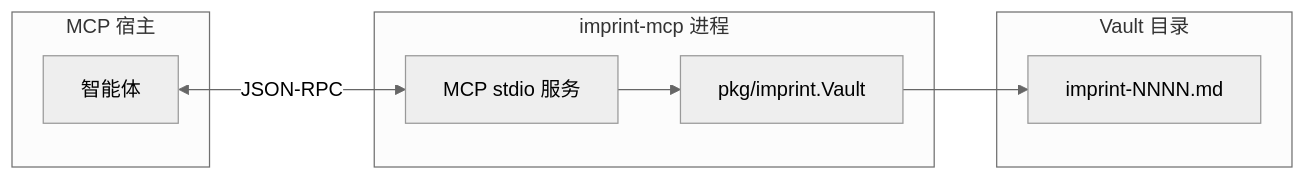
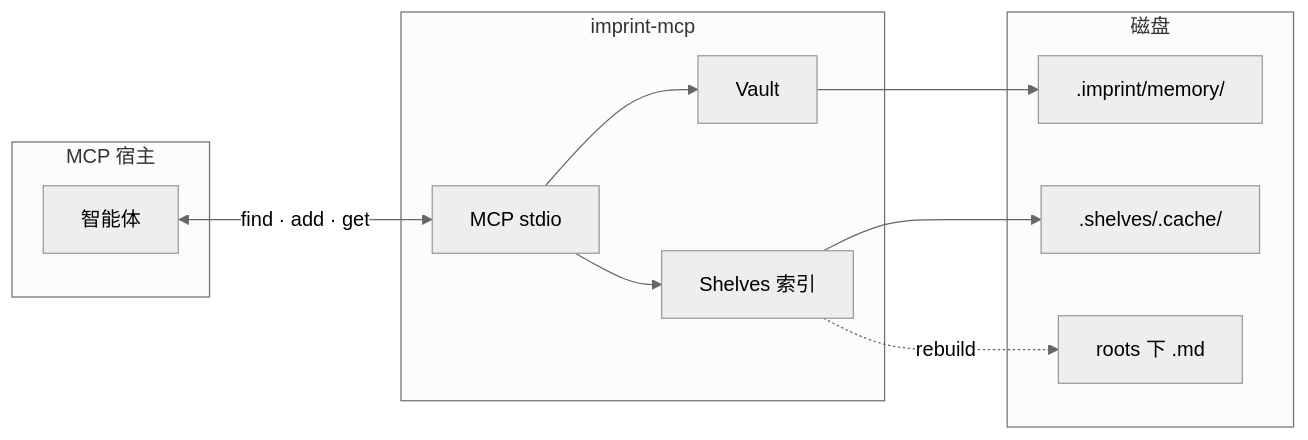
The diagram in docs/mcp.zh.md (SteamedBread2333/imprint), drawn with Mermaid (neutral theme) before and after one commit. The commit also changed other lines of this file and 33 other files, not shown here.

Commit message:
Enhance README and documentation with detailed explanations of the imprint and shelves integration, including command updates, workflow improvements, and linking mechanisms. Update Chinese translations accordingly. Modify logo asset for consistency across documentation.

````diff
--- a/docs/mcp.zh.md
+++ b/docs/mcp.zh.md
@@ -10,16 +10,22 @@
 ```mermaid
 flowchart LR
   subgraph host [MCP 宿主]
     Agent[智能体]
   end
-  subgraph proc [imprint-mcp 进程]
-    MCP[MCP stdio 服务]
-    Vault[pkg/imprint.Vault]
+  subgraph proc [imprint-mcp]
+    MCP[MCP stdio]
+    Vault[Vault]
+    Shelves[Shelves 索引]
     MCP --> Vault
+    MCP --> Shelves
   end
-  subgraph disk [Vault 目录]
-    Shards[imprint-NNNN.md]
+  subgraph disk [磁盘]
+    Memory[".imprint/memory/"]
+    Cache[".shelves/.cache/"]
+    Roots["roots 下 .md"]
   end
-  Agent <-->|JSON-RPC| MCP
-  Vault --> Shards
+  Agent <-->|find · add · get| MCP
+  Vault --> Memory
+  Shelves --> Cache
+  Shelves -.->|rebuild| Roots
 ```
````
